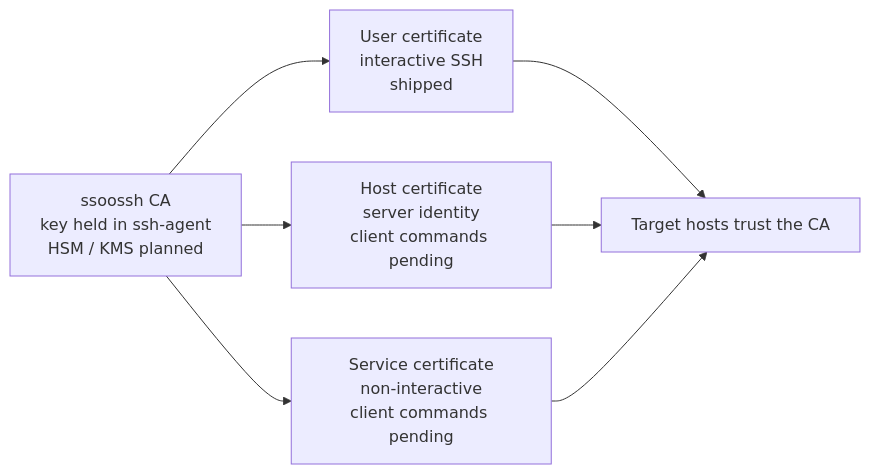
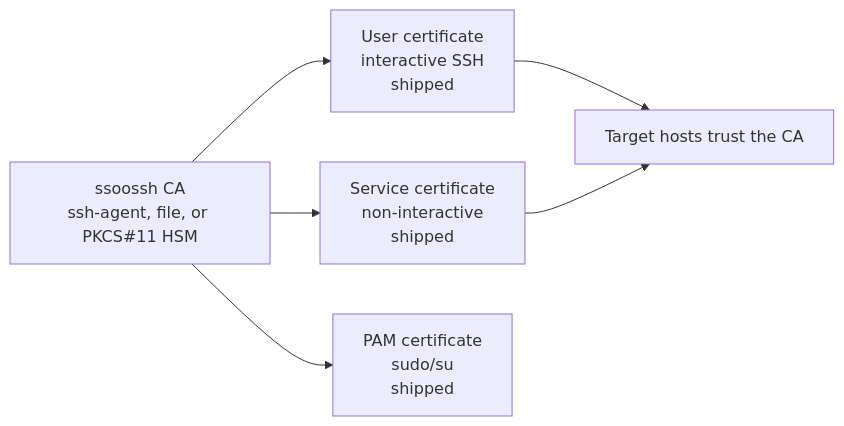
Before and after one commit to mnestor/ssoossh: diagram 11 of 11 in docs/flows.md, drawn with Mermaid. The commit also changed other lines of this file and 7 other files, not shown here.

First line of the commit message:
docs: record host-certificate removal and completed service flow

````diff
--- a/docs/flows.md
+++ b/docs/flows.md
@@ -269,10 +269,9 @@
 ```mermaid
 flowchart LR
-    CA["ssoossh CA<br/>key held in ssh-agent<br/>HSM / KMS planned"]
+    CA["ssoossh CA<br/>ssh-agent, file, or PKCS#11 HSM"]
     CA --> U["User certificate<br/>interactive SSH<br/>shipped"]
-    CA --> H["Host certificate<br/>server identity<br/>client commands pending"]
-    CA --> S["Service certificate<br/>non-interactive<br/>client commands pending"]
+    CA --> S["Service certificate<br/>non-interactive<br/>shipped"]
+    CA --> P["PAM certificate<br/>sudo/su<br/>shipped"]
     U --> T["Target hosts trust the CA"]
-    H --> T
     S --> T
 ```
````
